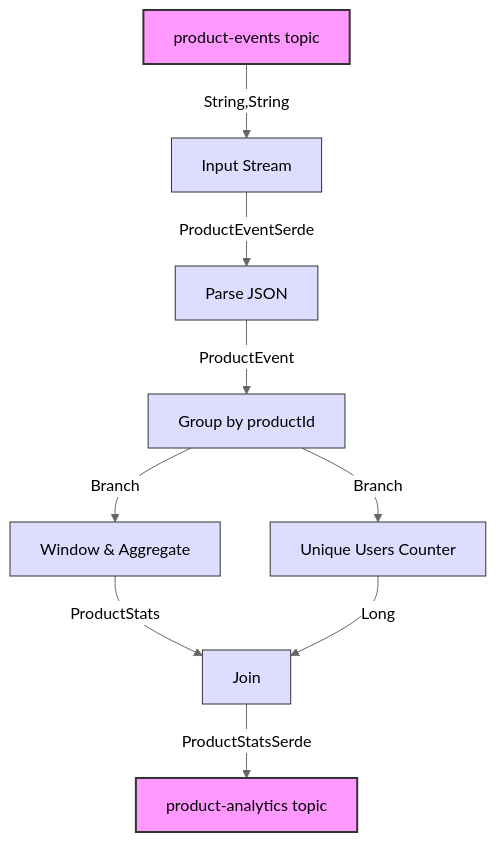
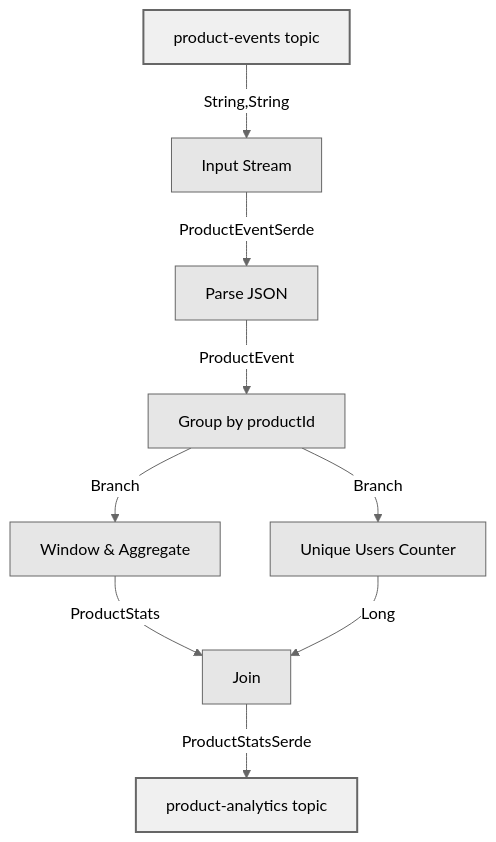
One commit to mitchross/Java-kafka-streams-demo changed the second of 4 diagrams in README.md. Above: the diagram before and after it, drawn with Mermaid (neutral theme). The commit also changed other lines of this file and 14 other files, not shown here.

````diff
--- a/README.md
+++ b/README.md
@@ -212,17 +292,17 @@
 ```mermaid
 graph TD
     A[product-events topic] -->|String,String| B[Input Stream]
     B -->|ProductEventSerde| C[Parse JSON]
     C -->|ProductEvent| D[Group by productId]
     D -->|Branch| E[Window & Aggregate]
     D -->|Branch| F[Unique Users Counter]
     E -->|ProductStats| G[Join]
     F -->|Long| G
     G -->|ProductStatsSerde| H[product-analytics topic]
     
-    style A fill:#f9f,stroke:#333,stroke-width:2px
-    style H fill:#f9f,stroke:#333,stroke-width:2px
+    style A fill:#f0f0f0,stroke:#666,stroke-width:2px
+    style H fill:#f0f0f0,stroke:#666,stroke-width:2px
     
-    classDef processing fill:#ddf,stroke:#333,stroke-width:1px
+    classDef processing fill:#e6e6e6,stroke:#666,stroke-width:1px
     class B,C,D,E,F,G processing
 ```
````
